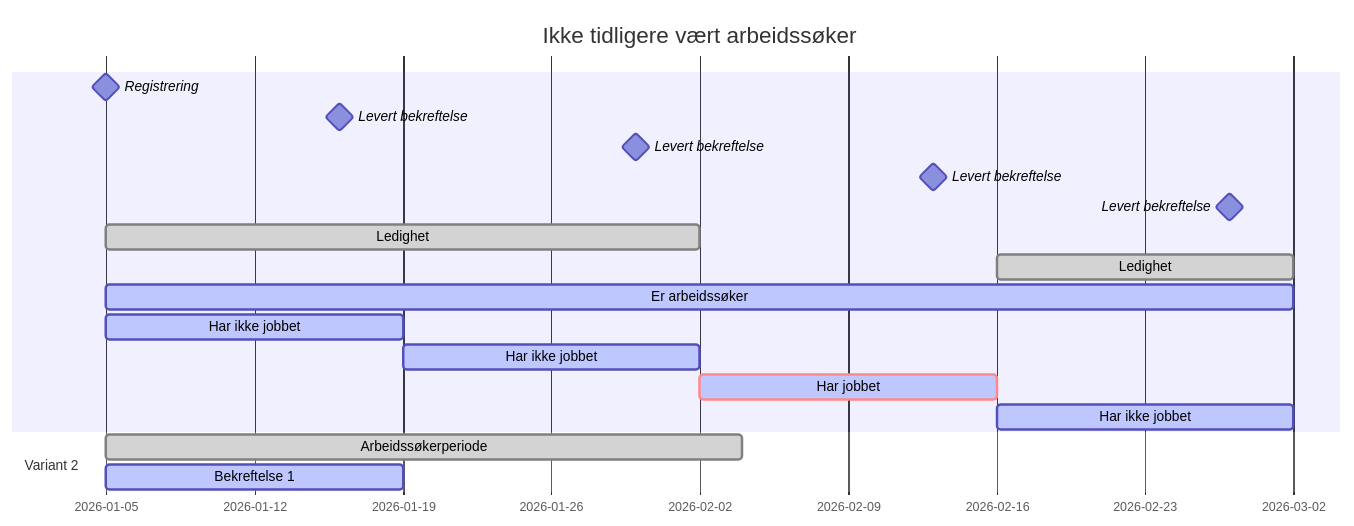
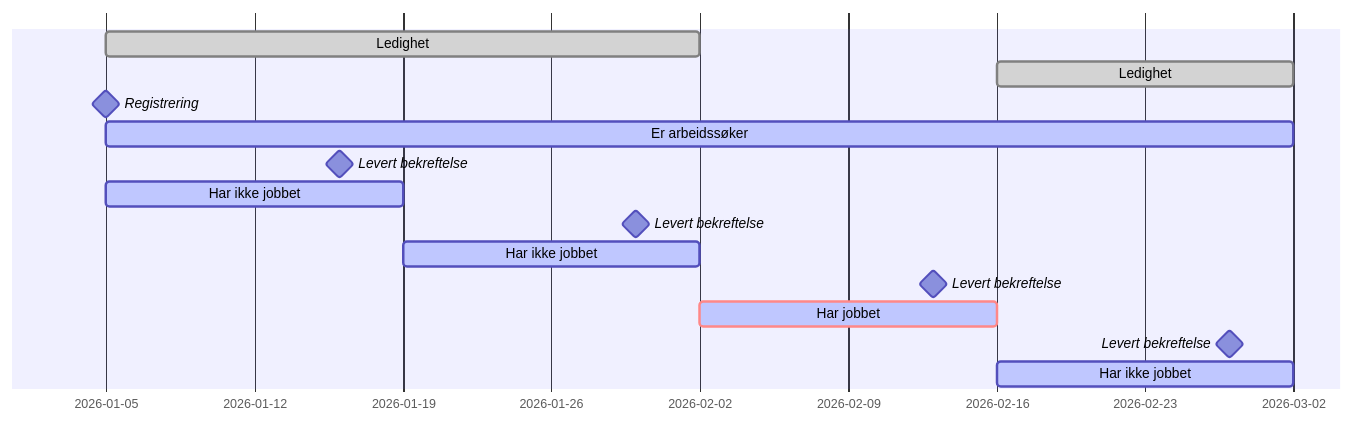
Before and after one commit to navikt/paw-rust-monorepo: the third of 5 diagrams in app/kartlegging-api/README.md, drawn with Mermaid. The commit also changed other lines of this file, not shown here.

````diff
--- a/app/kartlegging-api/README.md
+++ b/app/kartlegging-api/README.md
@@ -91,24 +56,18 @@
 ```mermaid
 gantt
-    title Ikke tidligere vært arbeidssøker
-    dateFormat  YYYY-MM-DD
+    dateFormat YYYY-MM-DD
     tickInterval 1week
     weekday monday
-
-    Registrering: milestone, 2026-01-05, 1m
-    Levert bekreftelse: milestone, 2026-01-16, 1m
-    Levert bekreftelse: milestone, 2026-01-30, 1m
-    Levert bekreftelse: milestone, 2026-02-13, 1m
-    Levert bekreftelse: milestone, 2026-02-27, 1m
     Ledighet: done, 2026-01-05, 28d
     Ledighet: done, 2026-02-16, 14d
+    Registrering: milestone, 2026-01-05, 1m
     Er arbeidssøker: active, 2026-01-05, 56d
+    Levert bekreftelse: milestone, 2026-01-16, 1m
     Har ikke jobbet: active, 2026-01-05, 14d
+    Levert bekreftelse: milestone, 2026-01-30, 1m
     Har ikke jobbet: active, 2026-01-19, 14d
+    Levert bekreftelse: milestone, 2026-02-13, 1m
     Har jobbet: crit, active, 2026-02-02, 14d
+    Levert bekreftelse: milestone, 2026-02-27, 1m
     Har ikke jobbet: active, 2026-02-16, 14d
-
-    section Variant 2
-    Arbeidssøkerperiode: done, des1, 2026-01-05, 30d
-    Bekreftelse 1             :active,  des2, 2026-01-05, 14d
 ```
````
